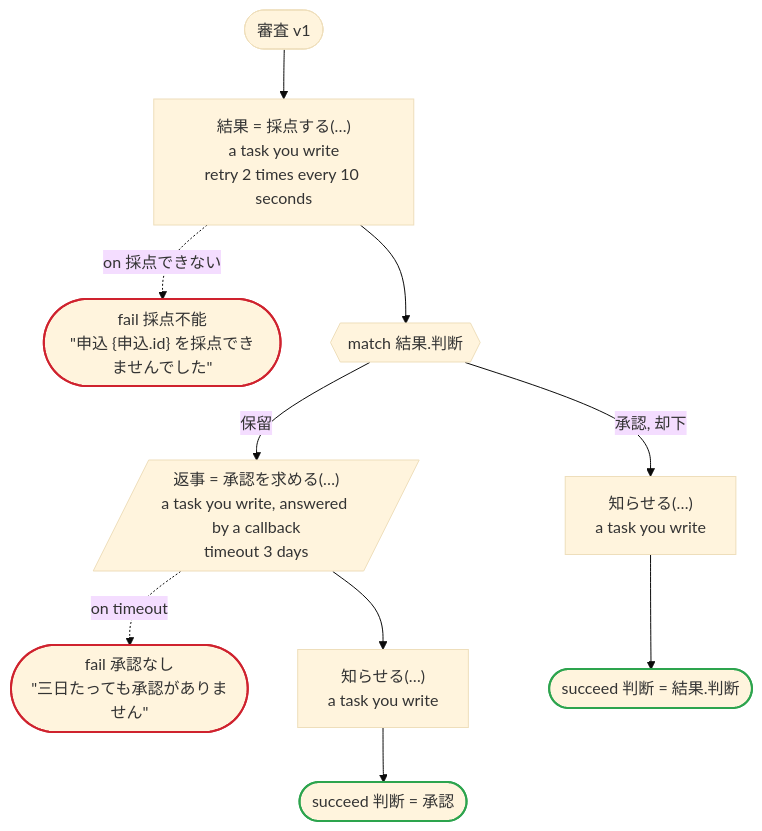
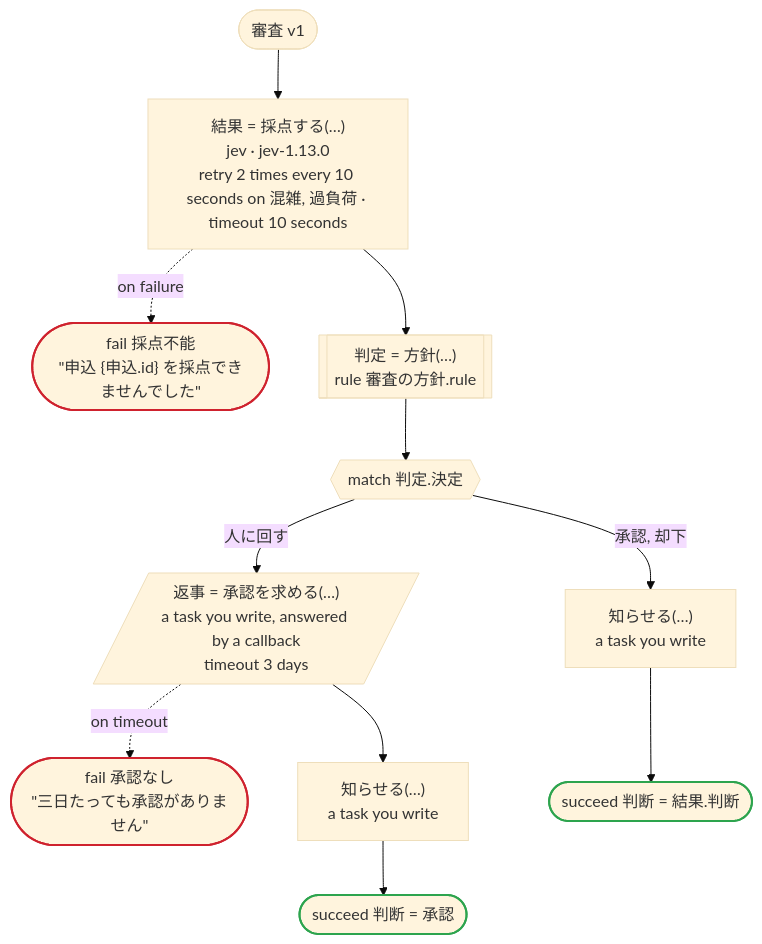
The diagram in crates/dandori/tests/doc/examples-review-temporal-review-ja.en.md (i2y/ritsu), drawn with Mermaid (base theme) before and after one commit. The commit also changed other lines of this file and 143 other files, not shown here.

First line of the commit message:
feat: let a task ask TypeSafe's Jev

````diff
--- a/crates/dandori/tests/doc/examples-review-temporal-review-ja.en.md
+++ b/crates/dandori/tests/doc/examples-review-temporal-review-ja.en.md
@@ -9,26 +9,28 @@
 ```mermaid
 flowchart TD
     start(["審査 v1"])
-    s1["結果 = 採点する(…)<br>a task you write<br>retry 2 times every 10 seconds"]
+    s1["結果 = 採点する(…)<br>jev · jev-1.13.0<br>retry 2 times every 10 seconds on 混雑, 過負荷 · timeout 10 seconds"]
     s2(["fail 採点不能<br>#quot;申込 {申込.id} を採点できませんでした#quot;"])
-    s3{{"match 結果.判断"}}
-    s5[/"返事 = 承認を求める(…)<br>a task you write, answered by a callback<br>timeout 3 days"/]
-    s6(["fail 承認なし<br>#quot;三日たっても承認がありません#quot;"])
-    s7["知らせる(…)<br>a task you write"]
-    s8(["succeed 判断 = 承認"])
-    s9["知らせる(…)<br>a task you write"]
-    s10(["succeed 判断 = 結果.判断"])
+    s3[["判定 = 方針(…)<br>rule 審査の方針.rule"]]
+    s4{{"match 判定.決定"}}
+    s6[/"返事 = 承認を求める(…)<br>a task you write, answered by a callback<br>timeout 3 days"/]
+    s7(["fail 承認なし<br>#quot;三日たっても承認がありません#quot;"])
+    s8["知らせる(…)<br>a task you write"]
+    s9(["succeed 判断 = 承認"])
+    s10["知らせる(…)<br>a task you write"]
+    s11(["succeed 判断 = 結果.判断"])
     start --> s1
-    s1 -.->|"on 採点できない"| s2
+    s1 -.->|"on failure"| s2
     s1 --> s3
-    s3 -->|"保留"| s5
-    s5 -.->|"on timeout"| s6
-    s5 --> s7
-    s7 --> s8
-    s3 -->|"承認, 却下"| s9
-    s9 --> s10
+    s3 --> s4
+    s4 -->|"人に回す"| s6
+    s6 -.->|"on timeout"| s7
+    s6 --> s8
+    s8 --> s9
+    s4 -->|"承認, 却下"| s10
+    s10 --> s11
     classDef ok stroke:#2da44e,stroke-width:2px
     classDef bad stroke:#cf222e,stroke-width:2px
-    class s8,s10 ok
-    class s2,s6 bad
+    class s9,s11 ok
+    class s2,s7 bad
 ```
````
